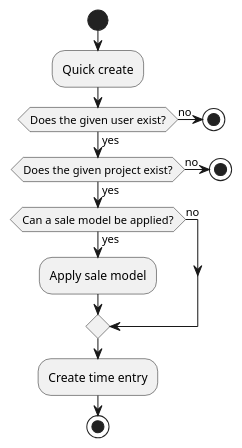
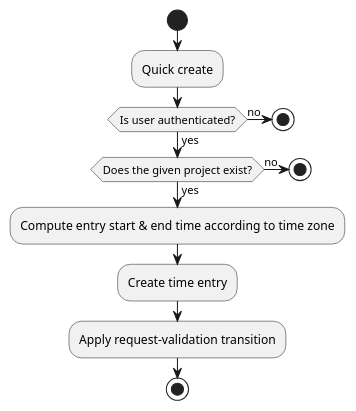
Before and after one commit to yesbabylon/symbiose-doc: the diagram in docs/developer-manual/timetrack/actions.md, drawn with PlantUML. The commit also changed other lines of this file and 9 other files, not shown here.

````diff
--- a/docs/developer-manual/timetrack/actions.md
+++ b/docs/developer-manual/timetrack/actions.md
@@ -21,26 +22,25 @@
 ```puml
 @startuml
 
 start
 
 :Quick create;
 
-if (Does the given user exist?) then (yes)
+if (Is user authenticated?) then (yes)
   if (Does the given project exist?) then (yes)
-    if (Can a sale model be applied?) then (yes)
-      :Apply sale model;
-    else (no)
-    endif
+    :Compute entry start & end time according to time zone;
+  
+    :Create time entry;
+      
+    :Apply request-validation transition;
   else (no)
     stop
   endif
 else (no)
   stop
 endif
 
-:Create time entry;
-
 stop
 
 @enduml
 ```
````
